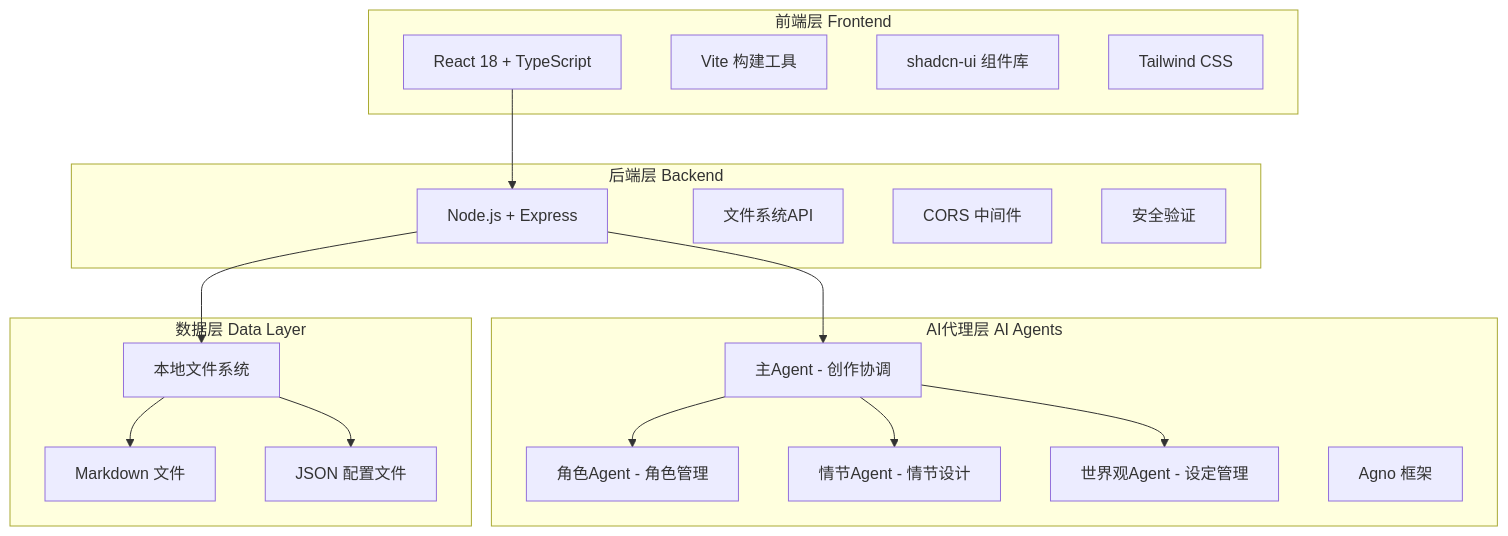
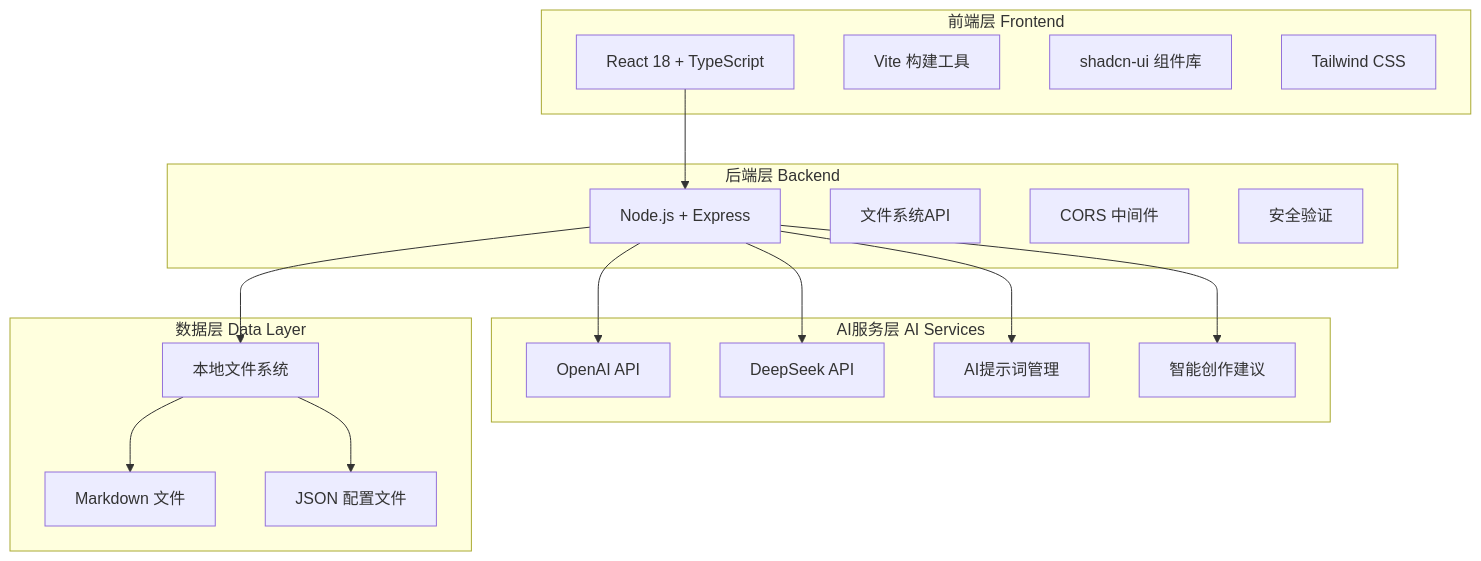
Before and after one commit to lvtiansama/novel-writing-ai: the first of 3 diagrams in README.md, drawn with Mermaid. The commit also changed other lines of this file and 8 other files, not shown here.

````diff
--- a/README.md
+++ b/README.md
@@ -35,39 +35,38 @@
 ```mermaid
 graph TB
     subgraph "前端层 Frontend"
         A[React 18 + TypeScript]
         B[Vite 构建工具]
         C[shadcn-ui 组件库]
         D[Tailwind CSS]
     end
     
     subgraph "后端层 Backend"
         E[Node.js + Express]
         F[文件系统API]
         G[CORS 中间件]
         H[安全验证]
     end
     
-    subgraph "AI代理层 AI Agents"
-        I[主Agent - 创作协调]
-        J[角色Agent - 角色管理]
-        K[情节Agent - 情节设计]
-        L[世界观Agent - 设定管理]
-        M[Agno 框架]
+    subgraph "AI服务层 AI Services"
+        I[OpenAI API]
+        J[DeepSeek API]
+        K[AI提示词管理]
+        L[智能创作建议]
     end
     
     subgraph "数据层 Data Layer"
         N[本地文件系统]
         O[Markdown 文件]
         P[JSON 配置文件]
     end
     
     A --> E
     E --> I
-    I --> J
-    I --> K
-    I --> L
+    E --> J
+    E --> K
+    E --> L
     E --> N
     N --> O
     N --> P
 ```
````
